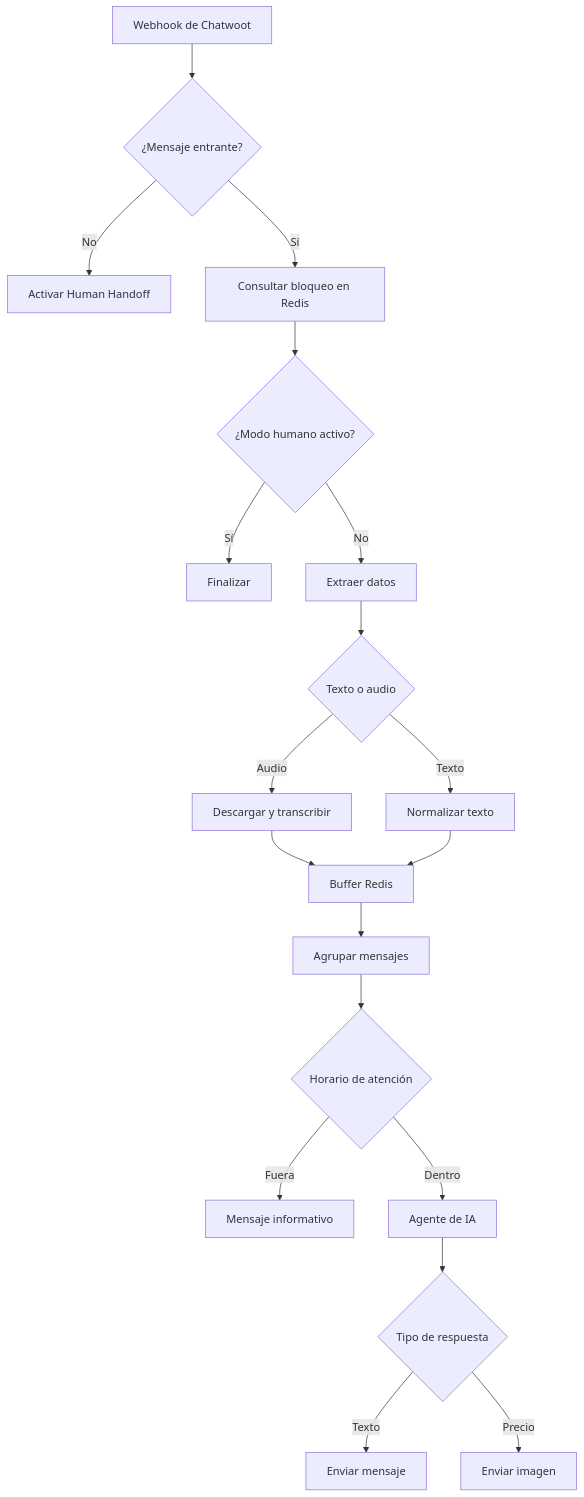
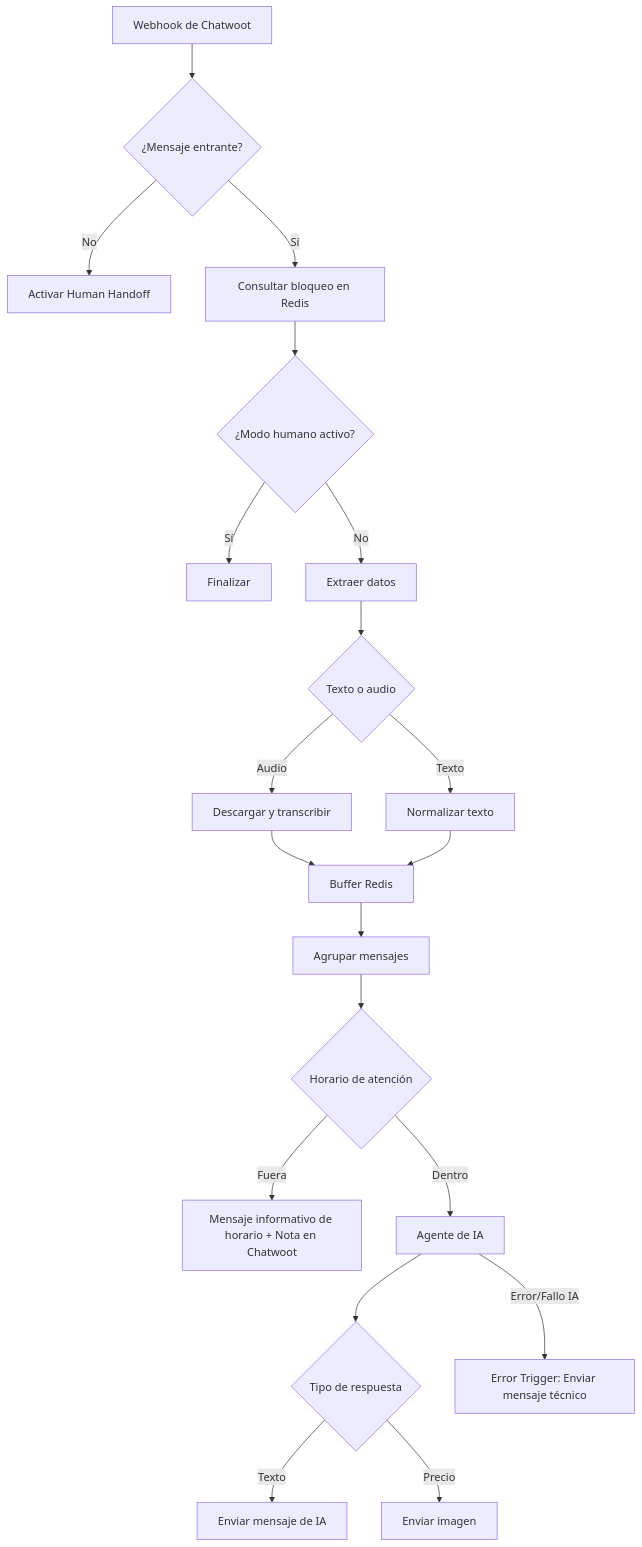
One commit to DevMauricio03/n8n-whatsapp-ai-agent changed the diagram in docs/workflows.md. Above: the diagram before and after it, drawn with Mermaid. The commit also changed other lines of this file and 1 other file, not shown here.

````diff
--- a/docs/workflows.md
+++ b/docs/workflows.md
@@ -20,21 +20,22 @@
 ```mermaid
 flowchart TD
     A[Webhook de Chatwoot] --> B{¿Mensaje entrante?}
     B -->|No| C[Activar Human Handoff]
     B -->|Sí| D[Consultar bloqueo en Redis]
     D --> E{¿Modo humano activo?}
     E -->|Sí| F[Finalizar]
     E -->|No| G[Extraer datos]
     G --> H{Texto o audio}
     H -->|Audio| I[Descargar y transcribir]
     H -->|Texto| J[Normalizar texto]
     I --> K[Buffer Redis]
     J --> K
     K --> L[Agrupar mensajes]
     L --> M{Horario de atención}
-    M -->|Fuera| N[Mensaje informativo]
+    M -->|Fuera| N[Mensaje informativo de horario + Nota en Chatwoot]
     M -->|Dentro| O[Agente de IA]
     O --> P{Tipo de respuesta}
-    P -->|Texto| Q[Enviar mensaje]
+    P -->|Texto| Q[Enviar mensaje de IA]
     P -->|Precio| R[Enviar imagen]
+    O -->|Error/Fallo IA| S[Error Trigger: Enviar mensaje técnico]
 ```
````
